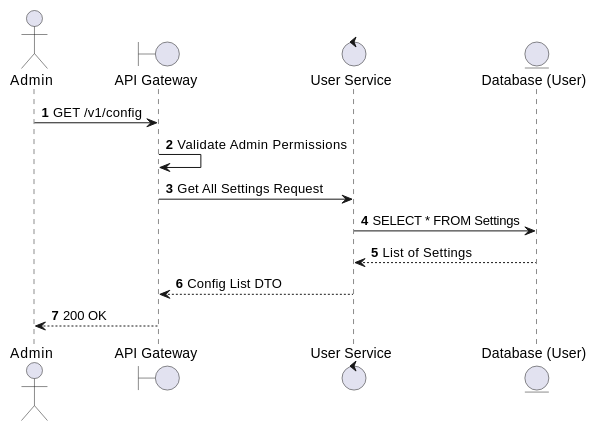
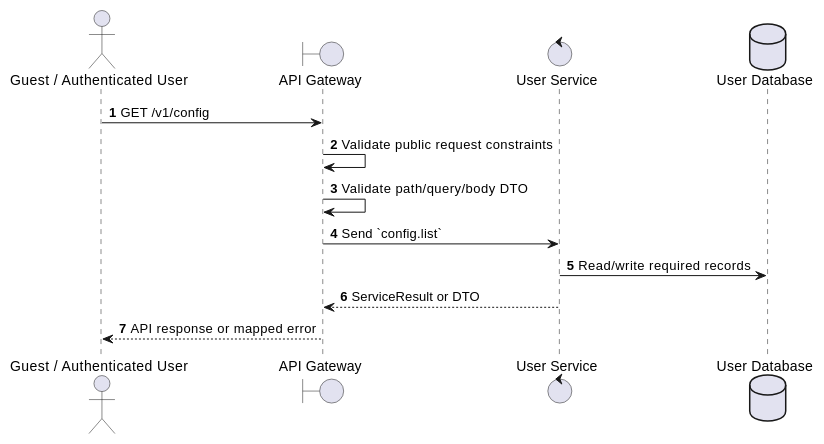
Before and after one commit to Tanh1603/movie-hub-architecture: the first of 2 diagrams in docs/functional_specs/3.12_System_Configuration_Module/CF-01_Get_All_Settings.md, drawn with PlantUML. The commit also changed other lines of this file and 126 other files, not shown here.

````diff
--- a/docs/functional_specs/3.12_System_Configuration_Module/CF-01_Get_All_Settings.md
+++ b/docs/functional_specs/3.12_System_Configuration_Module/CF-01_Get_All_Settings.md
@@ -17,17 +17,17 @@
 ```plantuml
 @startuml
 autonumber
-actor Admin
+actor "Guest / Authenticated User" as Actor
 boundary "API Gateway" as GW
-control "User Service" as US
-entity "Database (User)" as DB
+control "User Service" as SVC
+database "User Database" as DB
 
-Admin -> GW: GET /v1/config
-GW -> GW: Validate Admin Permissions
-GW -> US: Get All Settings Request
-US -> DB: SELECT * FROM Settings
-DB --> US: List of Settings
-US --> GW: Config List DTO
-GW --> Admin: 200 OK
+Actor -> GW: GET /v1/config
+GW -> GW: Validate public request constraints
+GW -> GW: Validate path/query/body DTO
+GW -> SVC: Send `config.list`
+SVC -> DB: Read/write required records
+SVC --> GW: ServiceResult or DTO
+GW --> Actor: API response or mapped error
 @enduml
 ```
````
